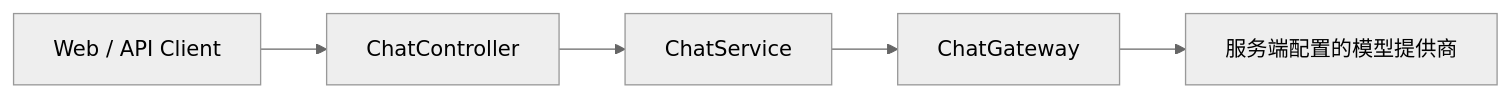
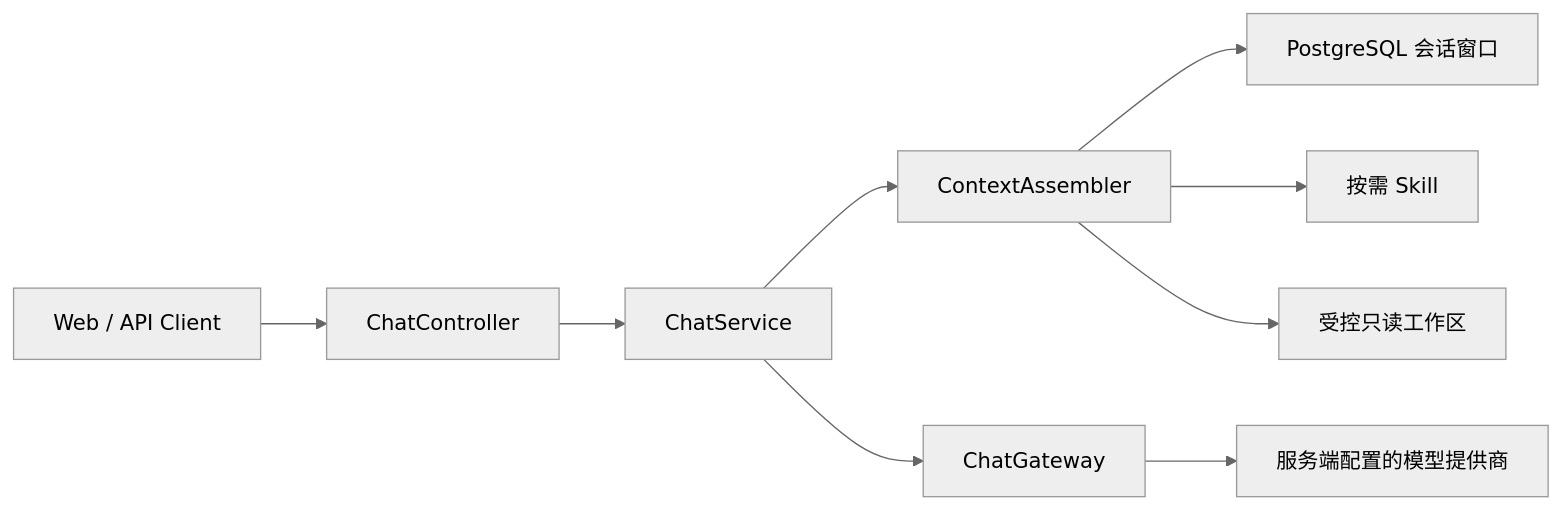
Before and after one commit to msb8080/ai-develop: the second of 2 diagrams in docs/ARCHITECTURE.md, drawn with Mermaid (neutral theme). The commit also changed other lines of this file and 72 other files, not shown here.

````diff
--- a/docs/ARCHITECTURE.md
+++ b/docs/ARCHITECTURE.md
@@ -64,7 +64,11 @@
 ```mermaid
 flowchart LR
     CLIENT["Web / API Client"] --> CONTROLLER["ChatController"]
     CONTROLLER --> SERVICE["ChatService"]
+    SERVICE --> CONTEXT["ContextAssembler"]
+    CONTEXT --> MEMORY["PostgreSQL 会话窗口"]
+    CONTEXT --> SKILL["按需 Skill"]
+    CONTEXT --> FILES["受控只读工作区"]
     SERVICE --> GATEWAY["ChatGateway"]
     GATEWAY --> PROVIDER["服务端配置的模型提供商"]
 ```
````
